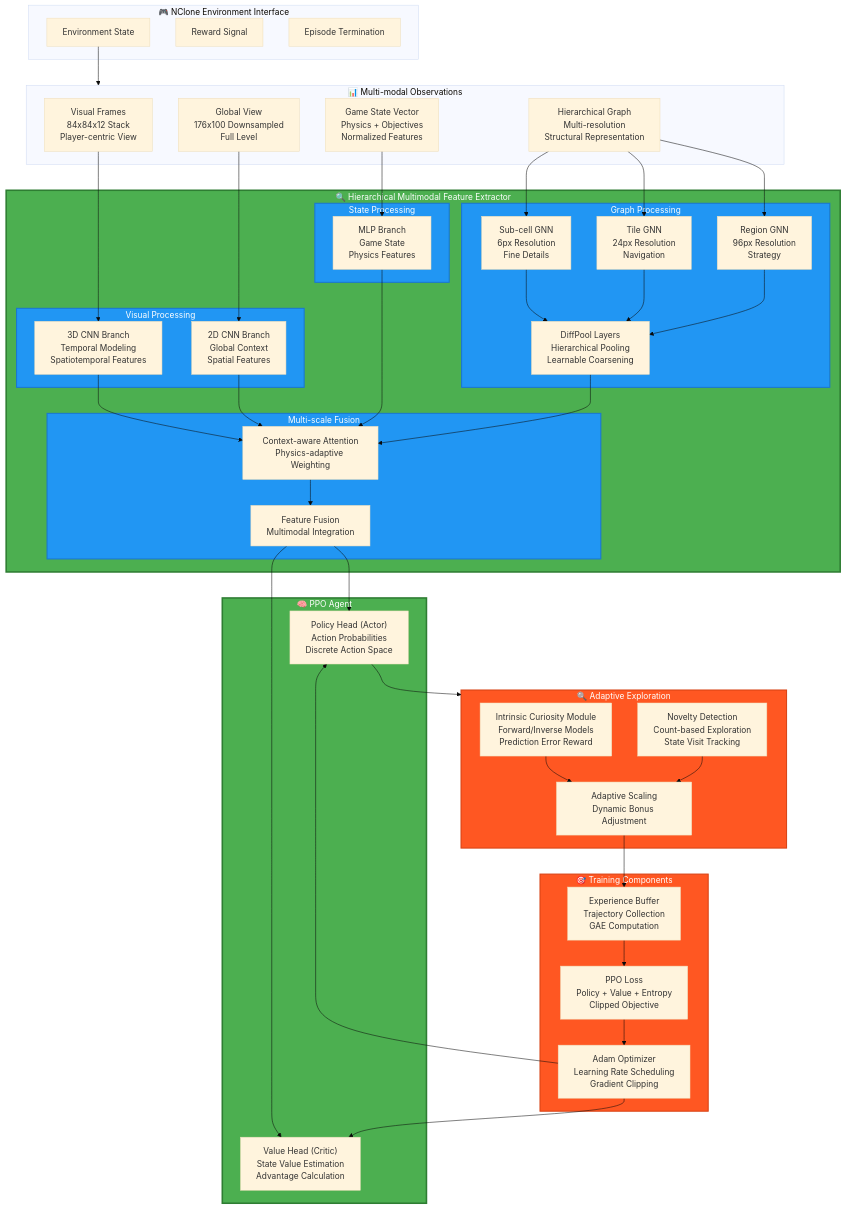
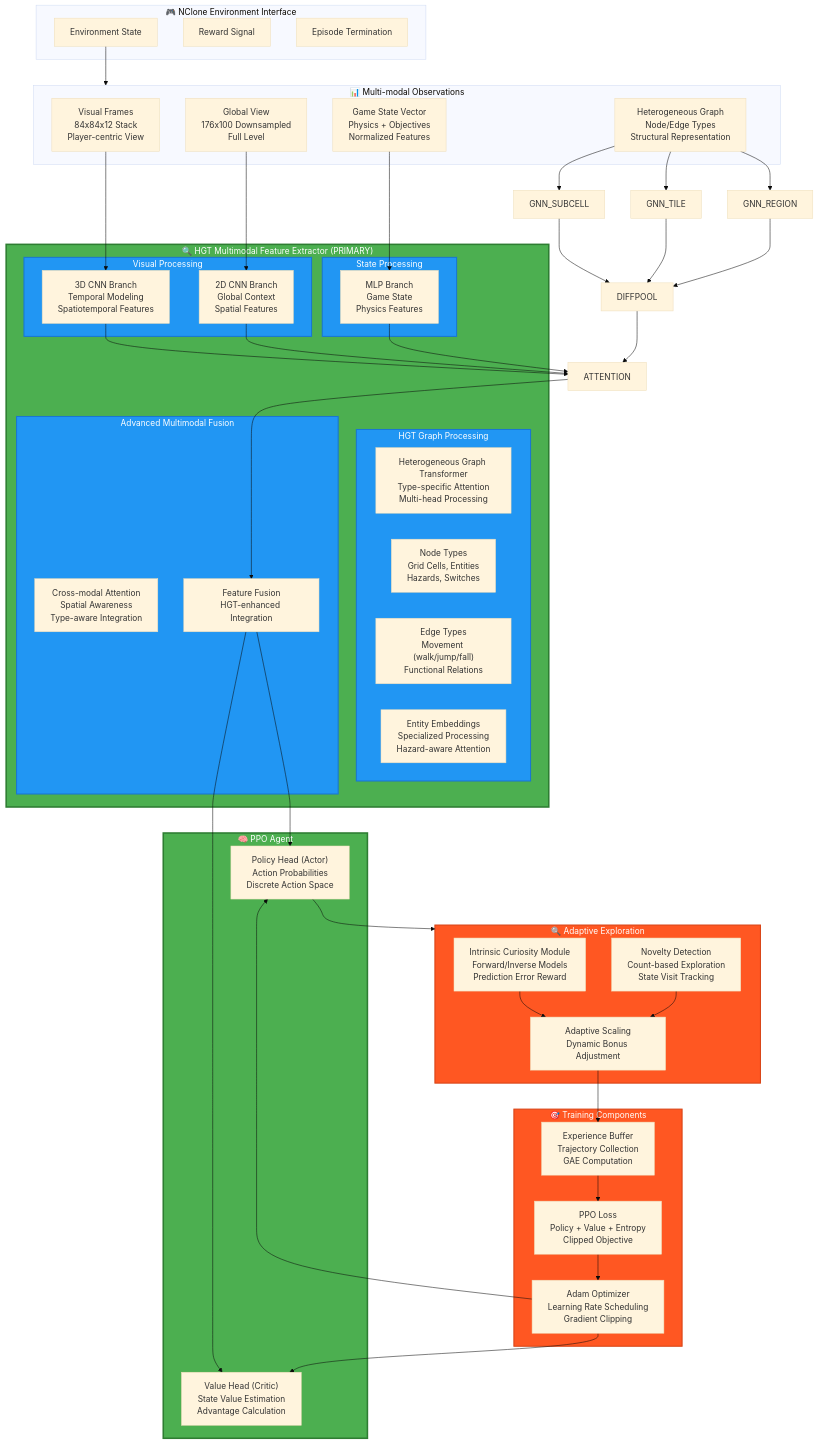
The first of 5 diagrams in docs/mermaid-diagram-instructions.md (Tetramputechture/npp-rl), drawn with Mermaid (base theme) before and after one commit. The commit also changed other lines of this file and 4 other files, not shown here.

First line of the commit message:
Integrate HGT as primary architecture

```diff
--- a/docs/mermaid-diagram-instructions.md
+++ b/docs/mermaid-diagram-instructions.md
@@ -18,29 +18,29 @@
         VISUAL_FRAMES["Visual Frames<br/>84x84x12 Stack<br/>Player-centric View"]
         GLOBAL_VIEW["Global View<br/>176x100 Downsampled<br/>Full Level"]
         GAME_STATE["Game State Vector<br/>Physics + Objectives<br/>Normalized Features"]
-        GRAPH_REPR["Hierarchical Graph<br/>Multi-resolution<br/>Structural Representation"]
+        GRAPH_REPR["Heterogeneous Graph<br/>Node/Edge Types<br/>Structural Representation"]
     end
     
-    subgraph FEATURE_EXTRACTION ["🔍 Hierarchical Multimodal Feature Extractor"]
+    subgraph FEATURE_EXTRACTION ["🔍 HGT Multimodal Feature Extractor (PRIMARY)"]
         subgraph VISUAL_PROC ["Visual Processing"]
             CNN_3D["3D CNN Branch<br/>Temporal Modeling<br/>Spatiotemporal Features"]
             CNN_2D["2D CNN Branch<br/>Global Context<br/>Spatial Features"]
         end
         
-        subgraph GRAPH_PROC ["Graph Processing"]
-            GNN_SUBCELL["Sub-cell GNN<br/>6px Resolution<br/>Fine Details"]
-            GNN_TILE["Tile GNN<br/>24px Resolution<br/>Navigation"]
-            GNN_REGION["Region GNN<br/>96px Resolution<br/>Strategy"]
-            DIFFPOOL["DiffPool Layers<br/>Hierarchical Pooling<br/>Learnable Coarsening"]
+        subgraph GRAPH_PROC ["HGT Graph Processing"]
+            HGT_ENCODER["Heterogeneous Graph Transformer<br/>Type-specific Attention<br/>Multi-head Processing"]
+            NODE_TYPES["Node Types<br/>Grid Cells, Entities<br/>Hazards, Switches"]
+            EDGE_TYPES["Edge Types<br/>Movement (walk/jump/fall)<br/>Functional Relations"]
+            ENTITY_EMBED["Entity Embeddings<br/>Specialized Processing<br/>Hazard-aware Attention"]
         end
         
         subgraph STATE_PROC ["State Processing"]
             MLP_STATE["MLP Branch<br/>Game State<br/>Physics Features"]
         end
         
-        subgraph FUSION ["Multi-scale Fusion"]
-            ATTENTION["Context-aware Attention<br/>Physics-adaptive Weighting"]
-            FUSION_LAYER["Feature Fusion<br/>Multimodal Integration"]
+        subgraph FUSION ["Advanced Multimodal Fusion"]
+            CROSS_MODAL["Cross-modal Attention<br/>Spatial Awareness<br/>Type-aware Integration"]
+            FUSION_LAYER["Feature Fusion<br/>HGT-enhanced Integration"]
         end
     end
     
```
